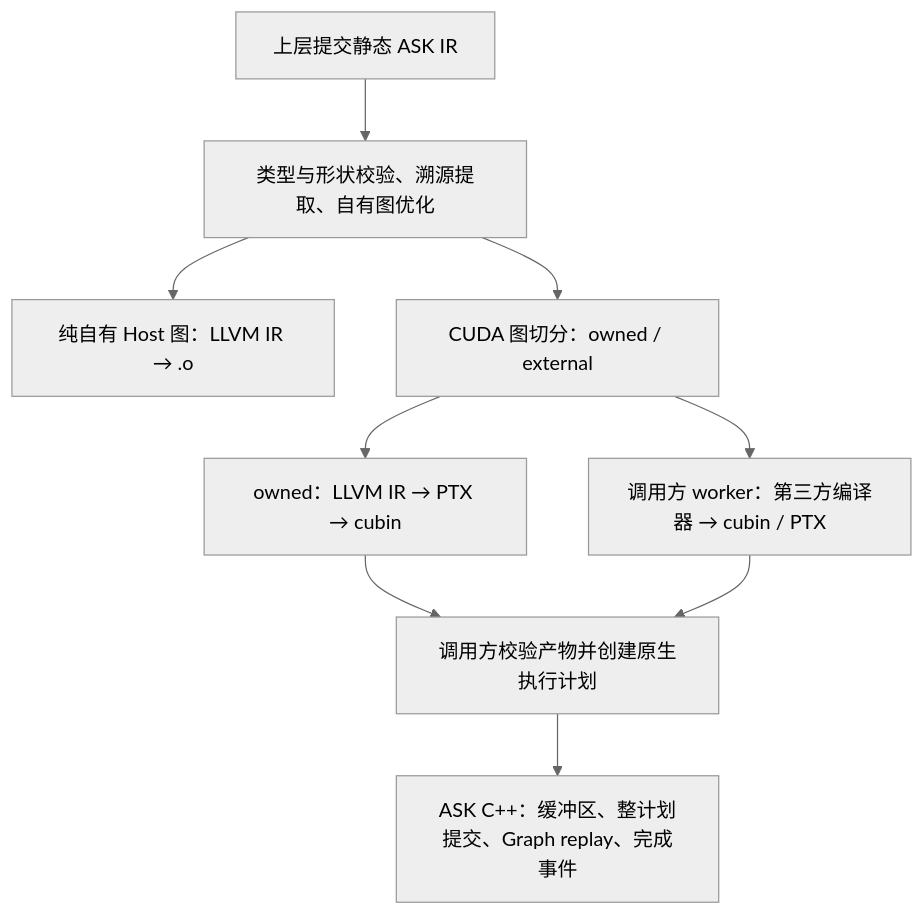
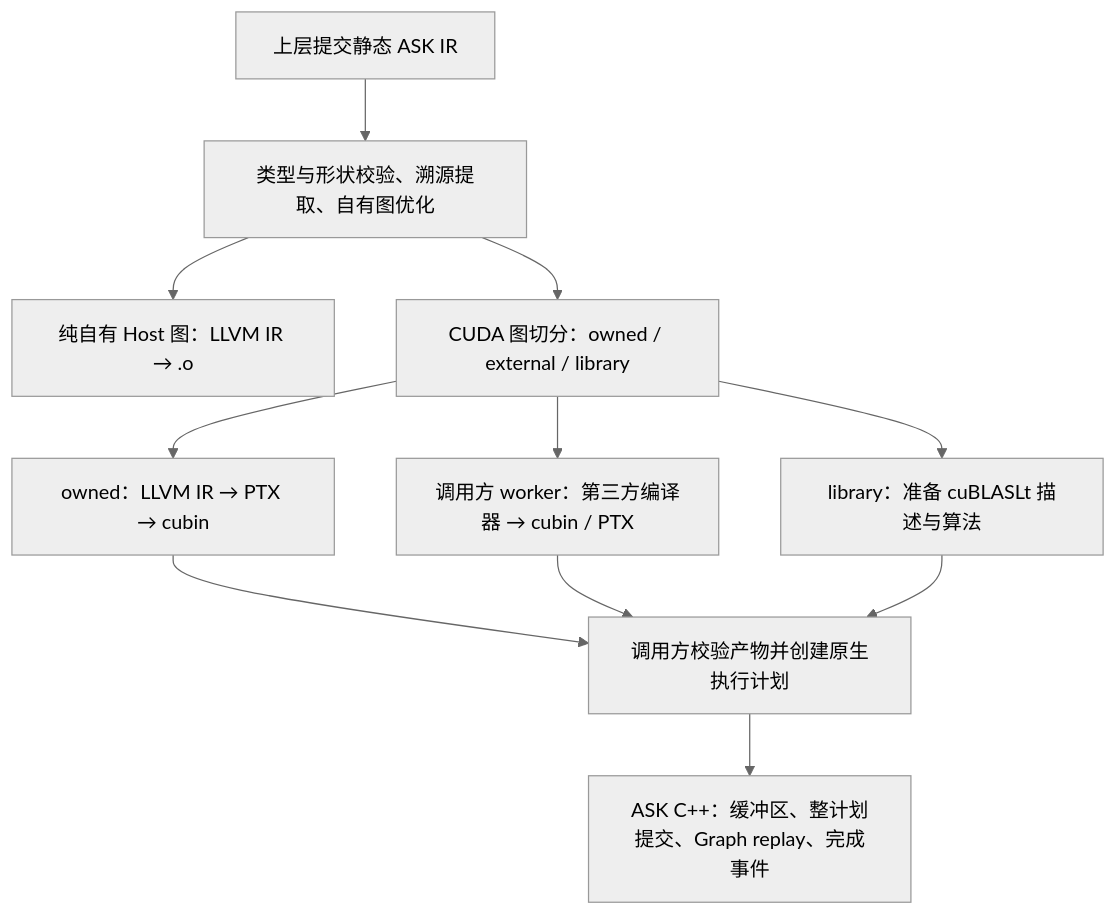
The diagram in docs/核心思想.md (fugatensor/ask), drawn with Mermaid (neutral theme) before and after one commit. The commit also changed other lines of this file and 19 other files, not shown here.

````diff
--- a/docs/核心思想.md
+++ b/docs/核心思想.md
@@ -73,11 +73,13 @@
 ```mermaid
 flowchart TD
     F["上层提交静态 ASK IR"] --> P["类型与形状校验、溯源提取、自有图优化"]
     P --> H["纯自有 Host 图：LLVM IR → .o"]
-    P --> S["CUDA 图切分：owned / external"]
+    P --> S["CUDA 图切分：owned / external / library"]
     S --> G["owned：LLVM IR → PTX → cubin"]
+    S --> L["library：准备 cuBLASLt 描述与算法"]
     S --> W["调用方 worker：第三方编译器 → cubin / PTX"]
     G --> E["调用方校验产物并创建原生执行计划"]
     W --> E
+    L --> E
     E --> R["ASK C++：缓冲区、整计划提交、Graph replay、完成事件"]
 ```
````
